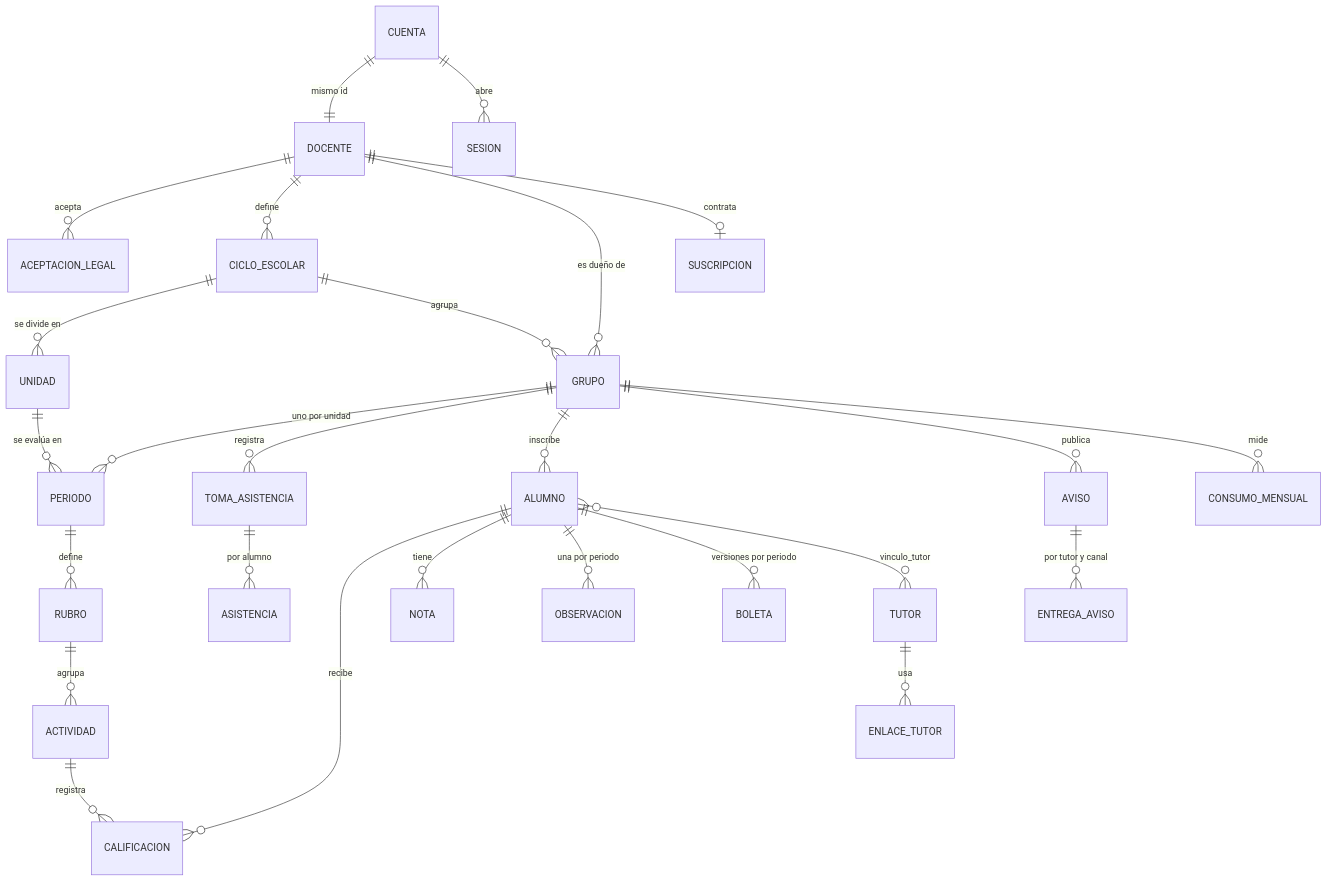
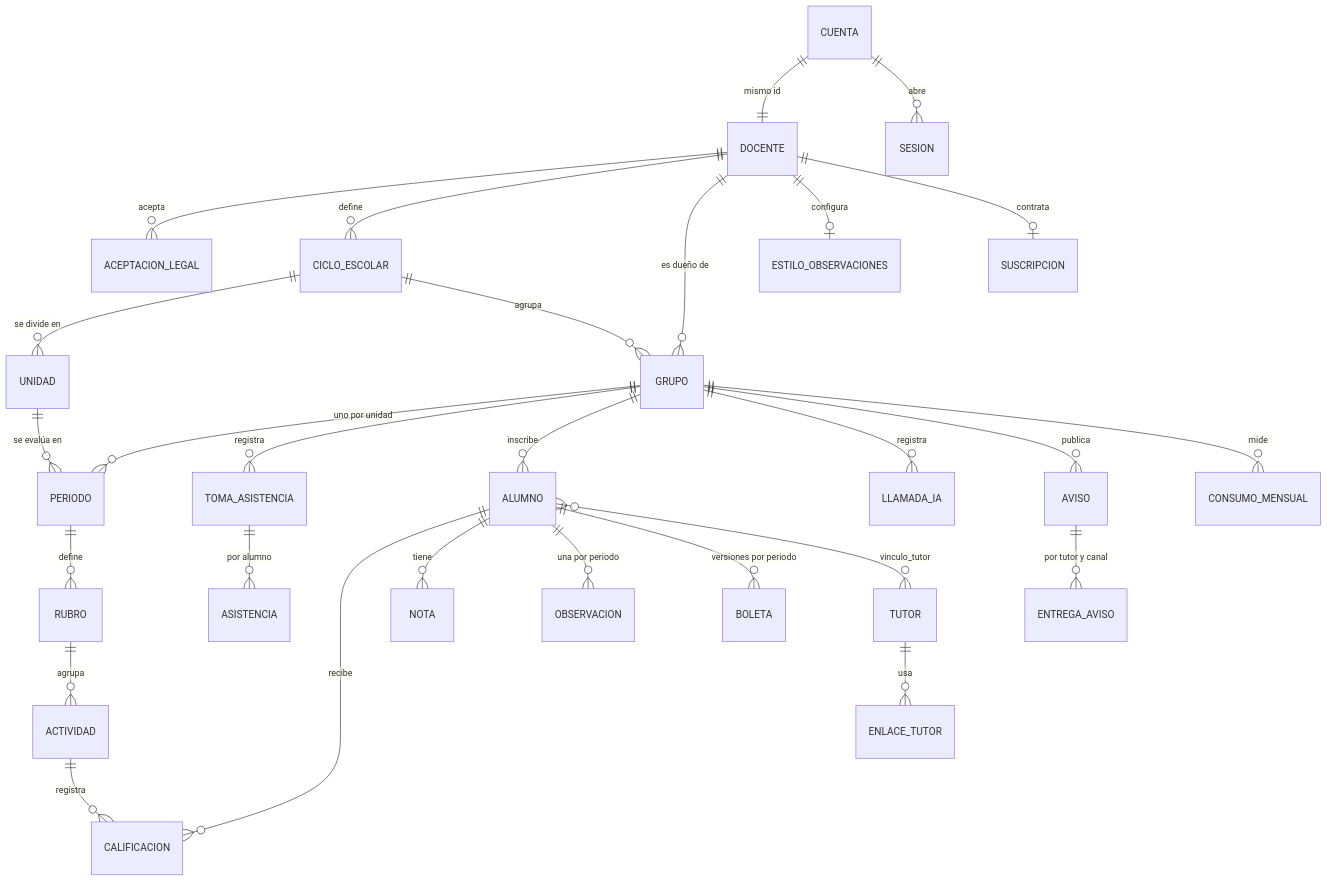
One commit to Salcidoprc/Aula-lista changed the second of 2 diagrams in docs/02-arquitectura.md. Above: the diagram before and after it, drawn with Mermaid. The commit also changed other lines of this file and 87 other files, not shown here.

````diff
--- a/docs/02-arquitectura.md
+++ b/docs/02-arquitectura.md
@@ -62,28 +62,30 @@
 ```mermaid
 erDiagram
   CUENTA ||--|| DOCENTE : "mismo id"
   CUENTA ||--o{ SESION : abre
   DOCENTE ||--o{ ACEPTACION_LEGAL : acepta
   DOCENTE ||--o{ CICLO_ESCOLAR : define
   CICLO_ESCOLAR ||--o{ UNIDAD : "se divide en"
   CICLO_ESCOLAR ||--o{ GRUPO : agrupa
   DOCENTE ||--o{ GRUPO : "es dueño de"
   GRUPO ||--o{ PERIODO : "uno por unidad"
   UNIDAD ||--o{ PERIODO : "se evalúa en"
   GRUPO ||--o{ TOMA_ASISTENCIA : registra
   TOMA_ASISTENCIA ||--o{ ASISTENCIA : "por alumno"
   GRUPO ||--o{ ALUMNO : "inscribe"
   PERIODO ||--o{ RUBRO : define
   RUBRO ||--o{ ACTIVIDAD : agrupa
   ACTIVIDAD ||--o{ CALIFICACION : registra
   ALUMNO ||--o{ CALIFICACION : recibe
   ALUMNO ||--o{ NOTA : tiene
   ALUMNO ||--o{ OBSERVACION : "una por periodo"
+  DOCENTE ||--o| ESTILO_OBSERVACIONES : configura
+  GRUPO ||--o{ LLAMADA_IA : registra
   ALUMNO ||--o{ BOLETA : "versiones por periodo"
   ALUMNO }o--o{ TUTOR : "vinculo_tutor"
   TUTOR ||--o{ ENLACE_TUTOR : usa
   GRUPO ||--o{ AVISO : publica
   AVISO ||--o{ ENTREGA_AVISO : "por tutor y canal"
   DOCENTE ||--o| SUSCRIPCION : contrata
   GRUPO ||--o{ CONSUMO_MENSUAL : mide
 ```
````
